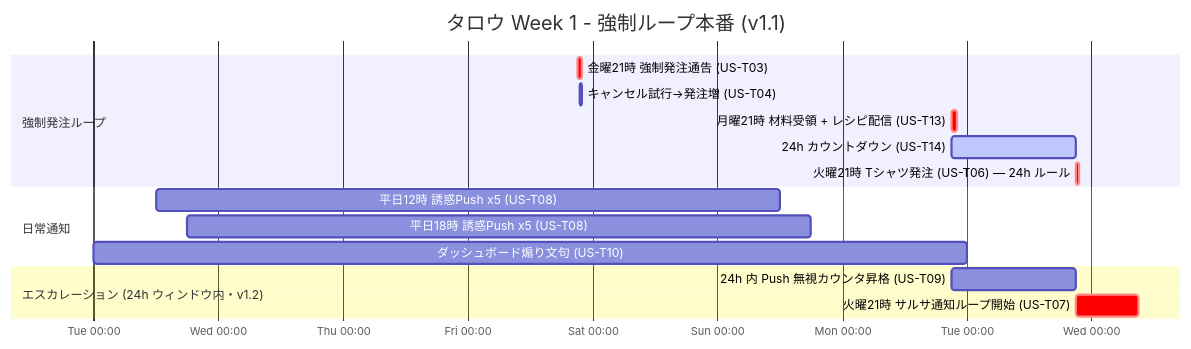
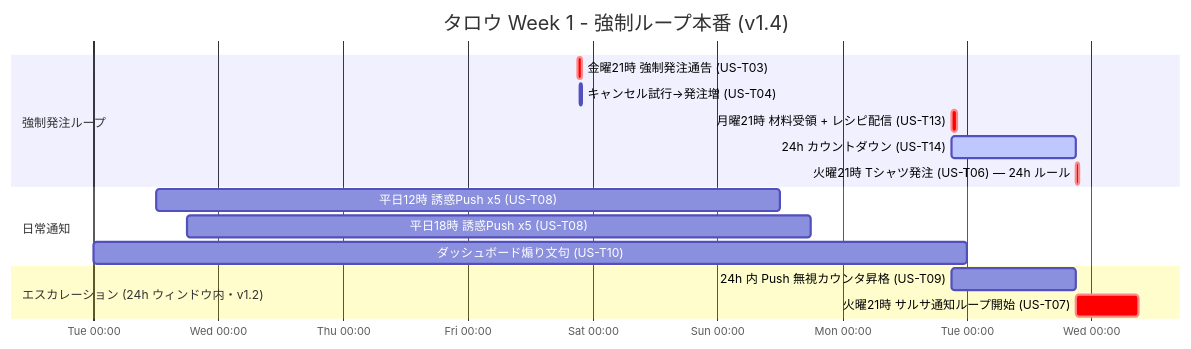
The second of 3 diagrams in aidlc-docs/inception/user-stories/story-board.md (salsa-panda/tako-tues), drawn with Mermaid before and after one commit. The commit also changed other lines of this file and 16 other files, not shown here.

````diff
--- a/aidlc-docs/inception/user-stories/story-board.md
+++ b/aidlc-docs/inception/user-stories/story-board.md
@@ -60,22 +60,22 @@
 ```mermaid
 gantt
-    title タロウ Week 1 - 強制ループ本番 (v1.1)
+    title タロウ Week 1 - 強制ループ本番 (v1.4)
     dateFormat YYYY-MM-DD HH:mm
     axisFormat %a %H:%M
 
     section 強制発注ループ
     金曜21時 強制発注通告 (US-T03)                :crit, w1a, 2026-05-15 21:00, 1h
     キャンセル試行→発注増 (US-T04)               :w1b, 2026-05-15 21:30, 30m
     月曜21時 材料受領 + レシピ配信 (US-T13)        :crit, w1c, 2026-05-18 21:00, 1h
     24h カウントダウン (US-T14)                   :active, w1c2, 2026-05-18 21:00, 24h
     火曜21時 Tシャツ発注 (US-T06) — 24h ルール    :crit, w1d, 2026-05-19 21:00, 30m
 
     section 日常通知
     平日12時 誘惑Push x5 (US-T08)                 :w1e, 2026-05-12 12:00, 5d
     平日18時 誘惑Push x5 (US-T08)                 :w1f, 2026-05-12 18:00, 5d
     ダッシュボード煽り文句 (US-T10)               :w1g, 2026-05-12, 7d
 
     section エスカレーション (24h ウィンドウ内・v1.2)
     24h 内 Push 無視カウンタ昇格 (US-T09)         :w1i, 2026-05-18 21:00, 24h
     火曜21時 サルサ通知ループ開始 (US-T07)         :crit, w1h, 2026-05-19 21:00, 12h
 ```
````
